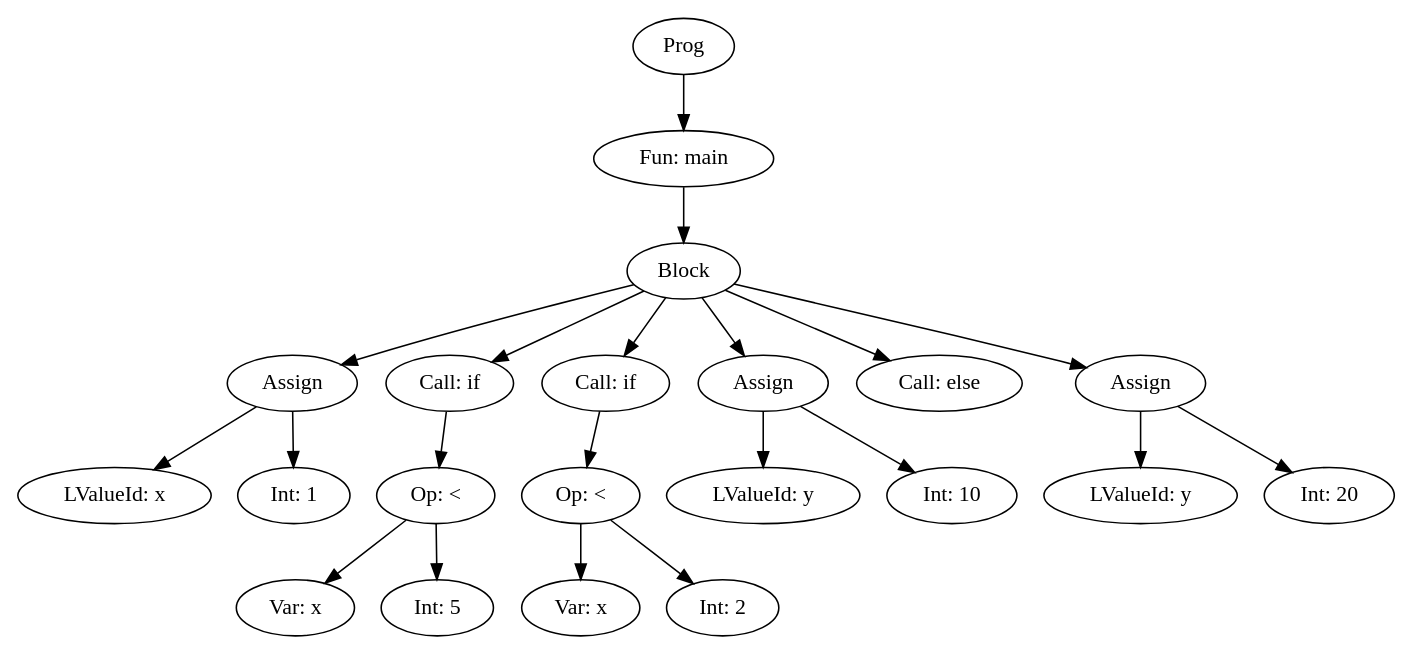
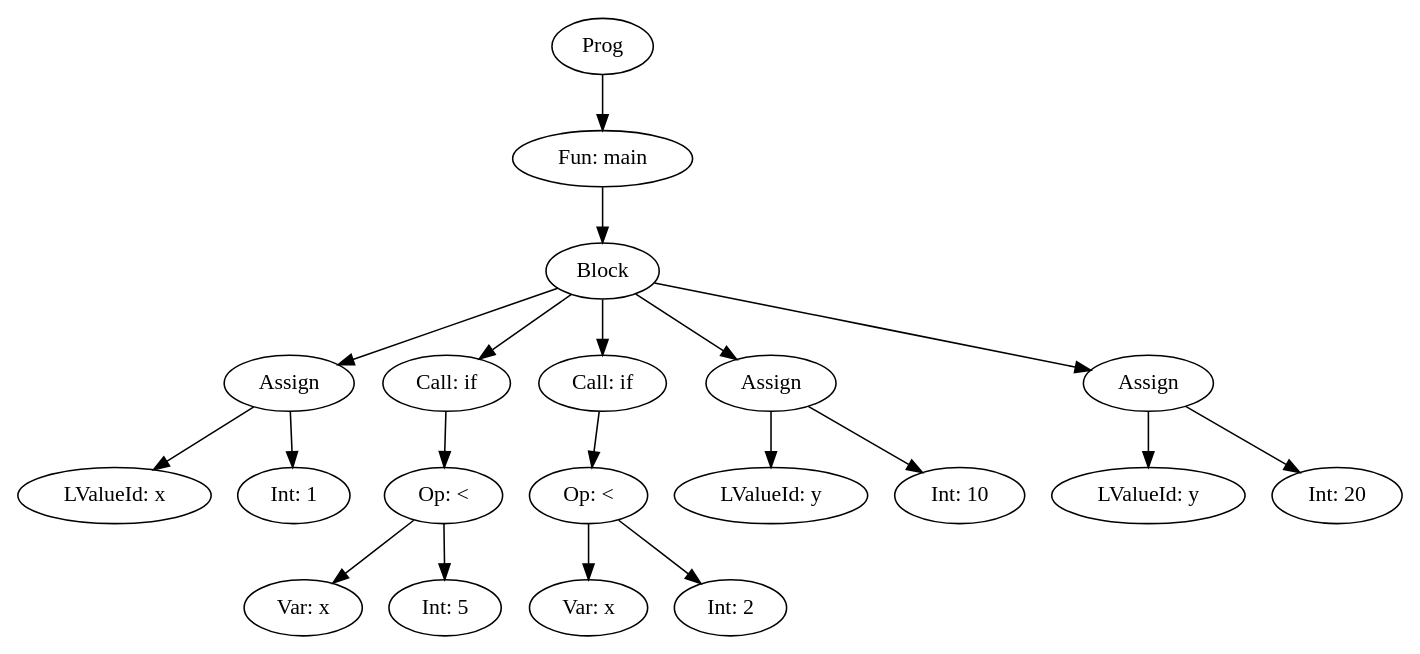
One commit to Maycdouglas/trabalhoCompiladores changed the diagram in antlr/dotFiles/chainIf.dot. Above: the diagram before and after it, drawn with Graphviz. The commit also changed 12 other files, not shown here.

```diff
--- a/antlr/dotFiles/chainIf.dot
+++ b/antlr/dotFiles/chainIf.dot
@@ -1,43 +1,41 @@
 digraph AST {
-"Prog966808741" [label="Prog"];
-"Fun242481580" [label="Fun: main"];
-"Prog966808741" -> "Fun242481580";
-"CmdBlock1627800613" [label="Block"];
-"Fun242481580" -> "CmdBlock1627800613";
-"CmdAssign2065530879" [label="Assign"];
-"CmdBlock1627800613" -> "CmdAssign2065530879";
-"LValueId697960108" [label="LValueId: x"];
-"CmdAssign2065530879" -> "LValueId697960108";
-"ExpInt943010986" [label="Int: 1"];
-"CmdAssign2065530879" -> "ExpInt943010986";
-"CmdCall1744347043" [label="Call: if"];
-"CmdBlock1627800613" -> "CmdCall1744347043";
-"ExpBinOp1254526270" [label="Op: <"];
-"CmdCall1744347043" -> "ExpBinOp1254526270";
-"ExpVar662441761" [label="Var: x"];
-"ExpBinOp1254526270" -> "ExpVar662441761";
-"ExpInt1618212626" [label="Int: 5"];
-"ExpBinOp1254526270" -> "ExpInt1618212626";
-"CmdCall1129670968" [label="Call: if"];
-"CmdBlock1627800613" -> "CmdCall1129670968";
-"ExpBinOp1023714065" [label="Op: <"];
-"CmdCall1129670968" -> "ExpBinOp1023714065";
-"ExpVar2051450519" [label="Var: x"];
-"ExpBinOp1023714065" -> "ExpVar2051450519";
-"ExpInt99747242" [label="Int: 2"];
-"ExpBinOp1023714065" -> "ExpInt99747242";
-"CmdAssign1837543557" [label="Assign"];
-"CmdBlock1627800613" -> "CmdAssign1837543557";
-"LValueId1971489295" [label="LValueId: y"];
-"CmdAssign1837543557" -> "LValueId1971489295";
-"ExpInt985655350" [label="Int: 10"];
-"CmdAssign1837543557" -> "ExpInt985655350";
-"CmdCall804611486" [label="Call: else"];
-"CmdBlock1627800613" -> "CmdCall804611486";
-"CmdAssign2008017533" [label="Assign"];
-"CmdBlock1627800613" -> "CmdAssign2008017533";
-"LValueId370988149" [label="LValueId: y"];
-"CmdAssign2008017533" -> "LValueId370988149";
-"ExpInt1395089624" [label="Int: 20"];
-"CmdAssign2008017533" -> "ExpInt1395089624";
+"Prog697960108" [label="Prog"];
+"Fun325333723" [label="Fun: main"];
+"Prog697960108" -> "Fun325333723";
+"CmdBlock1937962514" [label="Block"];
+"Fun325333723" -> "CmdBlock1937962514";
+"CmdAssign274064559" [label="Assign"];
+"CmdBlock1937962514" -> "CmdAssign274064559";
+"LValueId1018081122" [label="LValueId: x"];
+"CmdAssign274064559" -> "LValueId1018081122";
+"ExpInt242131142" [label="Int: 1"];
+"CmdAssign274064559" -> "ExpInt242131142";
+"CmdCall1837543557" [label="Call: if"];
+"CmdBlock1937962514" -> "CmdCall1837543557";
+"ExpBinOp1971489295" [label="Op: <"];
+"CmdCall1837543557" -> "ExpBinOp1971489295";
+"ExpVar985655350" [label="Var: x"];
+"ExpBinOp1971489295" -> "ExpVar985655350";
+"ExpInt804611486" [label="Int: 5"];
+"ExpBinOp1971489295" -> "ExpInt804611486";
+"CmdCall2008017533" [label="Call: if"];
+"CmdBlock1937962514" -> "CmdCall2008017533";
+"ExpBinOp370988149" [label="Op: <"];
+"CmdCall2008017533" -> "ExpBinOp370988149";
+"ExpVar1395089624" [label="Var: x"];
+"ExpBinOp370988149" -> "ExpVar1395089624";
+"ExpInt1476011703" [label="Int: 2"];
+"ExpBinOp370988149" -> "ExpInt1476011703";
+"CmdAssign1603195447" [label="Assign"];
+"CmdBlock1937962514" -> "CmdAssign1603195447";
+"LValueId792791759" [label="LValueId: y"];
+"CmdAssign1603195447" -> "LValueId792791759";
+"ExpInt1191747167" [label="Int: 10"];
+"CmdAssign1603195447" -> "ExpInt1191747167";
+"CmdAssign1094834071" [label="Assign"];
+"CmdBlock1937962514" -> "CmdAssign1094834071";
+"LValueId1761061602" [label="LValueId: y"];
+"CmdAssign1094834071" -> "LValueId1761061602";
+"ExpInt1330106945" [label="Int: 20"];
+"CmdAssign1094834071" -> "ExpInt1330106945";
 }
```
